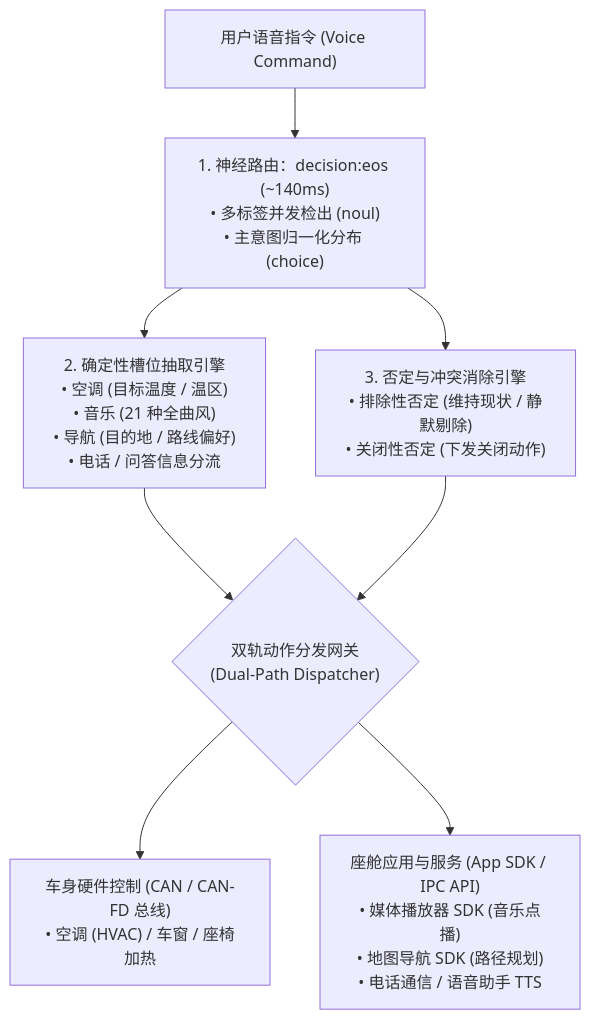
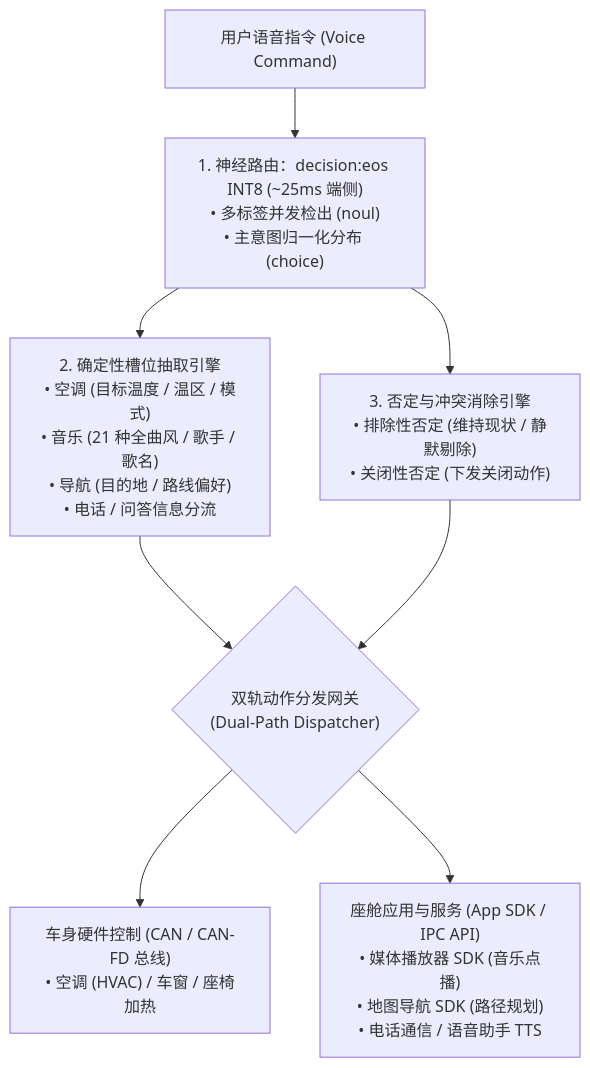
Before and after one commit to neura-edit/omni-intent: the diagram in README.zh-CN.md, drawn with Mermaid. The commit also changed other lines of this file and 68 other files, not shown here.

````diff
--- a/README.zh-CN.md
+++ b/README.zh-CN.md
@@ -112,10 +136,10 @@
 ```mermaid
 flowchart TD
-    A["用户语音指令 (Voice Command)"] --> B["1. 神经路由：decision:eos (~140ms)<br/>• 多标签并发检出 (noul)<br/>• 主意图归一化分布 (choice)"]
-    B --> C["2. 确定性槽位抽取引擎<br/>• 空调 (目标温度 / 温区)<br/>• 音乐 (21 种全曲风)<br/>• 导航 (目的地 / 路线偏好)<br/>• 电话 / 问答信息分流"]
+    A["用户语音指令 (Voice Command)"] --> B["1. 神经路由：decision:eos INT8 (~25ms 端侧)<br/>• 多标签并发检出 (noul)<br/>• 主意图归一化分布 (choice)"]
+    B --> C["2. 确定性槽位抽取引擎<br/>• 空调 (目标温度 / 温区 / 模式)<br/>• 音乐 (21 种全曲风 / 歌手 / 歌名)<br/>• 导航 (目的地 / 路线偏好)<br/>• 电话 / 问答信息分流"]
     B --> D["3. 否定与冲突消除引擎<br/>• 排除性否定 (维持现状 / 静默剔除)<br/>• 关闭性否定 (下发关闭动作)"]
     C --> E{"双轨动作分发网关<br/>(Dual-Path Dispatcher)"}
     D --> E
     E --> F["车身硬件控制 (CAN / CAN-FD 总线)<br/>• 空调 (HVAC) / 车窗 / 座椅加热"]
     E --> G["座舱应用与服务 (App SDK / IPC API)<br/>• 媒体播放器 SDK (音乐点播)<br/>• 地图导航 SDK (路径规划)<br/>• 电话通信 / 语音助手 TTS"]
 ```
````
